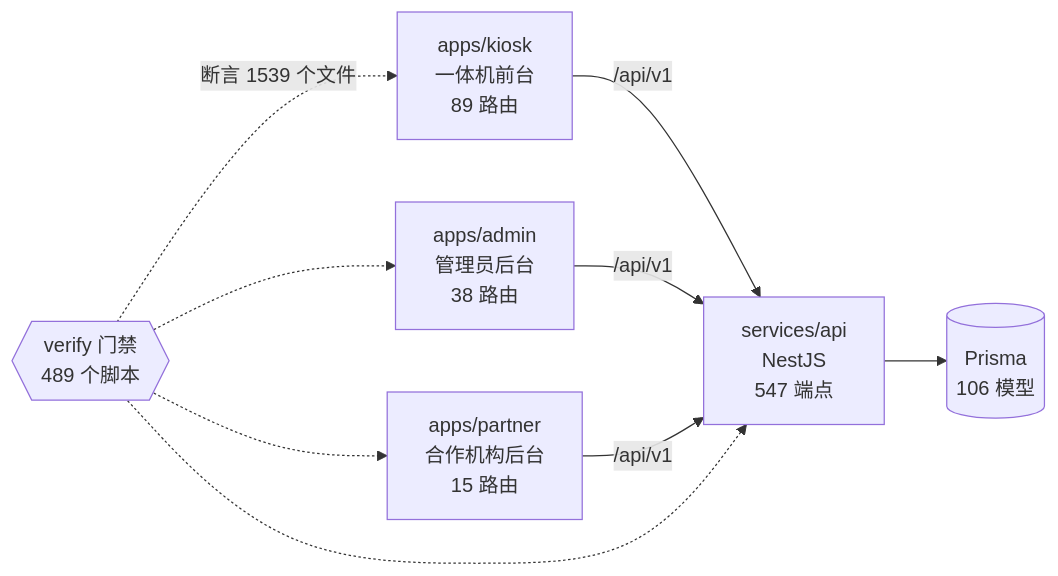
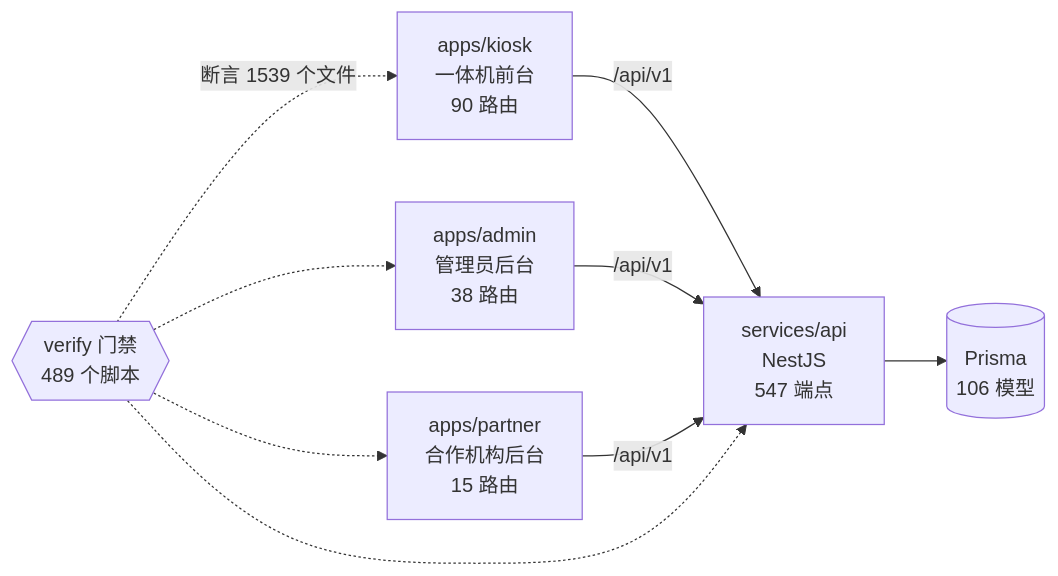
One commit to wanglei581/YITIJI changed the diagram in docs/graph/README.md. Above: the diagram before and after it, drawn with Mermaid. The commit also changed other lines of this file and 5 other files, not shown here.

First line of the commit message:
docs: record the kiosk official channels page (3.14) and refresh the graph

````diff
--- a/docs/graph/README.md
+++ b/docs/graph/README.md
@@ -68,18 +68,18 @@
 ```mermaid
 flowchart LR
-  kiosk["apps/kiosk<br/>一体机前台<br/>89 路由"]
+  kiosk["apps/kiosk<br/>一体机前台<br/>90 路由"]
   admin["apps/admin<br/>管理员后台<br/>38 路由"]
   partner["apps/partner<br/>合作机构后台<br/>15 路由"]
   api["services/api<br/>NestJS<br/>547 端点"]
   db[("Prisma<br/>106 模型")]
   gates{{"verify 门禁<br/>489 个脚本"}}
 
   kiosk -->|"/api/v1"| api
   admin -->|"/api/v1"| api
   partner -->|"/api/v1"| api
   api --> db
   gates -.->|"断言 1539 个文件"| kiosk
   gates -.-> admin
   gates -.-> partner
   gates -.-> api
 ```
````
